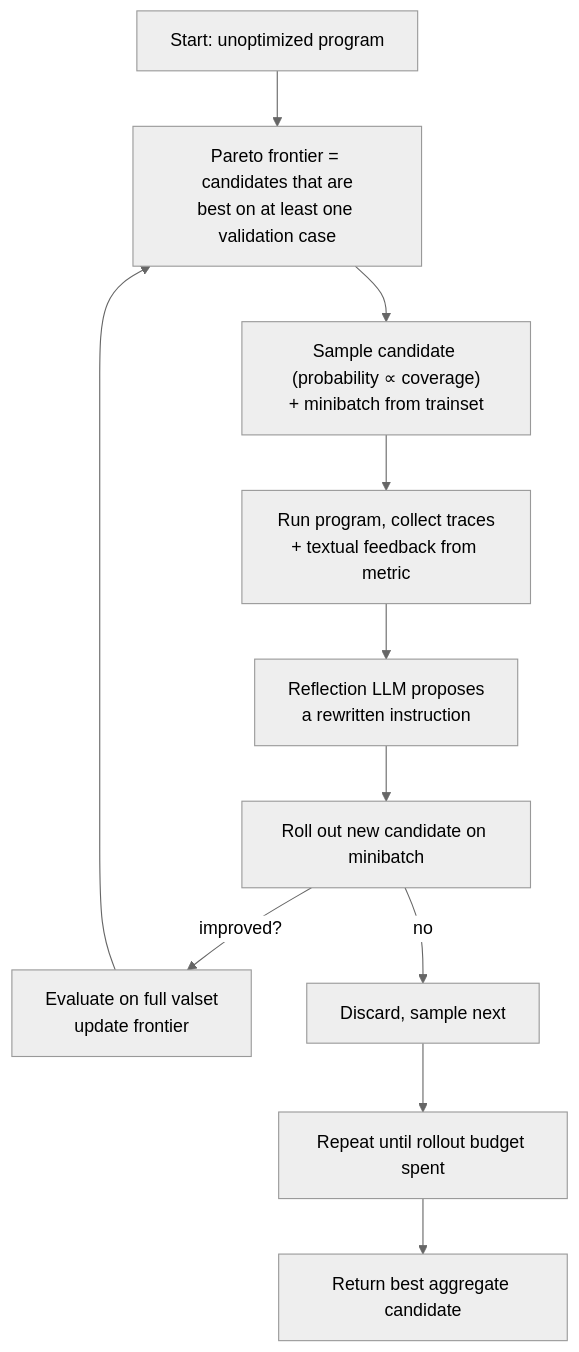
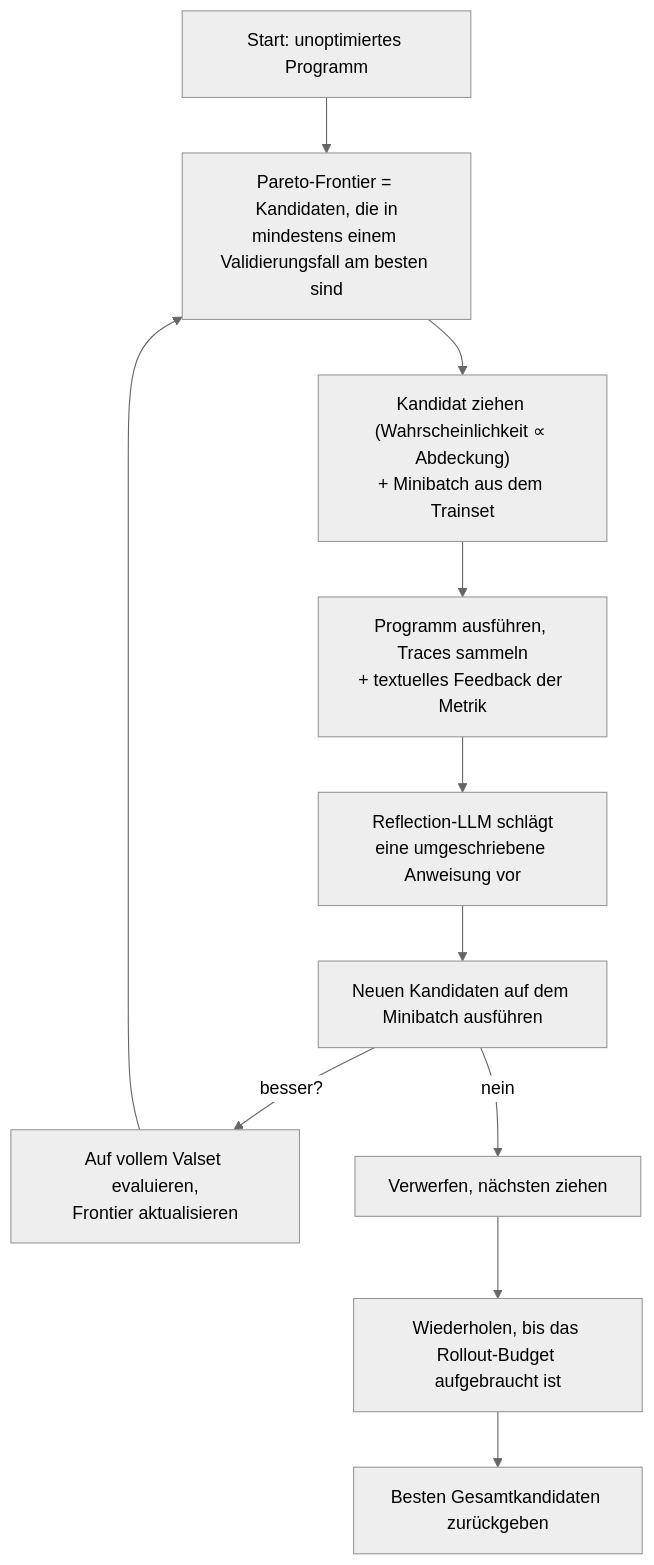
One commit to javaAndScriptDeveloper/codeWithKyryl changed the second of 2 diagrams in _articles/de/dspy-gepa-vs-miprov2.md. Above: the diagram before and after it, drawn with Mermaid (neutral theme). The commit also changed other lines of this file and 41 other files, not shown here.

````diff
--- a/_articles/de/dspy-gepa-vs-miprov2.md
+++ b/_articles/de/dspy-gepa-vs-miprov2.md
@@ -314,13 +312,13 @@
 ```mermaid
 flowchart TD
-    S["Start: unoptimized program"] --> P["Pareto frontier = candidates that are<br/>best on at least one validation case"]
-    P --> M["Sample candidate (probability ∝ coverage)<br/>+ minibatch from trainset"]
-    M --> R["Run program, collect traces<br/>+ textual feedback from metric"]
-    R --> L["Reflection LLM proposes<br/>a rewritten instruction"]
-    L --> E["Roll out new candidate on minibatch"]
-    E -- "improved?" --> V["Evaluate on full valset<br/>update frontier"]
-    E -- "no" --> P2["Discard, sample next"]
+    S["Start: unoptimiertes Programm"] --> P["Pareto-Frontier = Kandidaten, die in<br/>mindestens einem Validierungsfall am besten sind"]
+    P --> M["Kandidat ziehen (Wahrscheinlichkeit ∝ Abdeckung)<br/>+ Minibatch aus dem Trainset"]
+    M --> R["Programm ausführen, Traces sammeln<br/>+ textuelles Feedback der Metrik"]
+    R --> L["Reflection-LLM schlägt<br/>eine umgeschriebene Anweisung vor"]
+    L --> E["Neuen Kandidaten auf dem Minibatch ausführen"]
+    E -- "besser?" --> V["Auf vollem Valset evaluieren,<br/>Frontier aktualisieren"]
+    E -- "nein" --> P2["Verwerfen, nächsten ziehen"]
     V --> P
-    P2 --> M2["Repeat until rollout budget spent"]
-    M2 --> W["Return best aggregate candidate"]
+    P2 --> M2["Wiederholen, bis das Rollout-Budget aufgebraucht ist"]
+    M2 --> W["Besten Gesamtkandidaten zurückgeben"]
 ```
````
